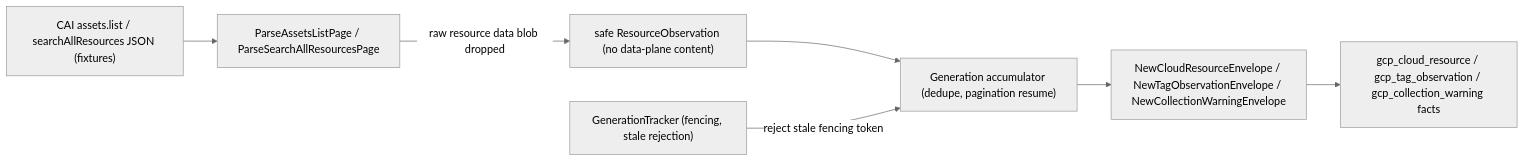
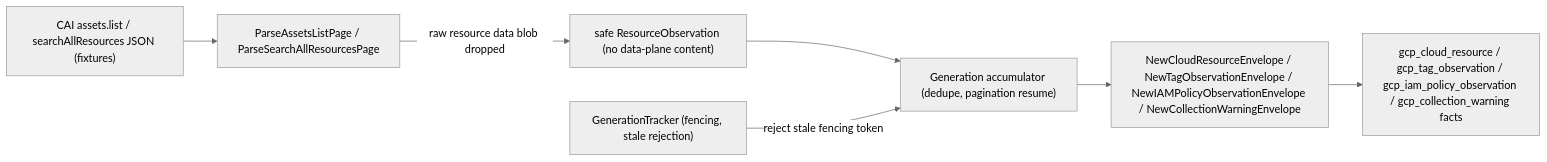
One commit to eshu-hq/eshu changed the diagram in go/internal/collector/gcpcloud/README.md. Above: the diagram before and after it, drawn with Mermaid (neutral theme). The commit also changed other lines of this file and 16 other files, not shown here.

Commit message:
Emit GCP IAM policy observations from CAI policies

````diff
--- a/go/internal/collector/gcpcloud/README.md
+++ b/go/internal/collector/gcpcloud/README.md
@@ -20,17 +21,17 @@
 ```mermaid
 flowchart LR
     Pages["CAI assets.list / searchAllResources JSON (fixtures)"]
     Parse["ParseAssetsListPage / ParseSearchAllResourcesPage"]
     Obs["safe ResourceObservation (no data-plane content)"]
     Gen["Generation accumulator (dedupe, pagination resume)"]
-    Env["NewCloudResourceEnvelope / NewTagObservationEnvelope / NewCollectionWarningEnvelope"]
+    Env["NewCloudResourceEnvelope / NewTagObservationEnvelope / NewIAMPolicyObservationEnvelope / NewCollectionWarningEnvelope"]
     Tracker["GenerationTracker (fencing, stale rejection)"]
-    Facts["gcp_cloud_resource / gcp_tag_observation / gcp_collection_warning facts"]
+    Facts["gcp_cloud_resource / gcp_tag_observation / gcp_iam_policy_observation / gcp_collection_warning facts"]
 
     Pages --> Parse
     Parse -->|"raw resource data blob dropped"| Obs
     Obs --> Gen
     Gen --> Env
     Tracker -->|"reject stale fencing token"| Gen
     Env --> Facts
 ```
````
